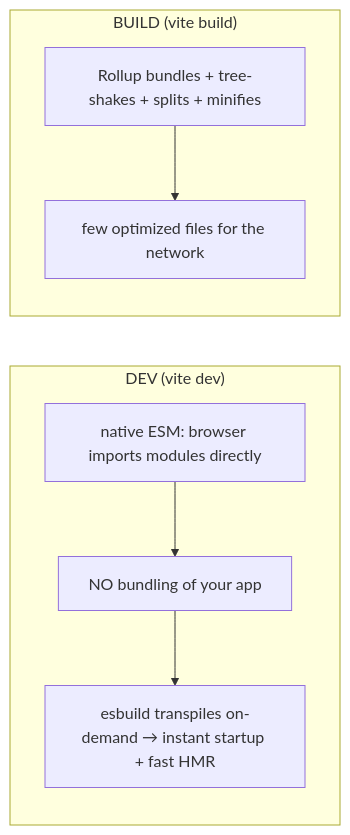
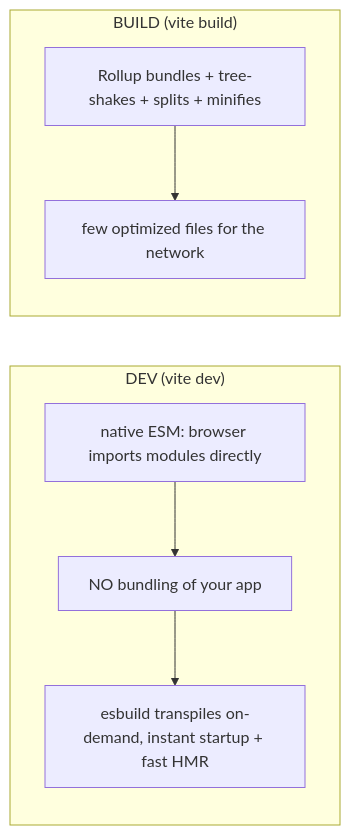
One commit to ashishxcode/frontend-internals changed the second of 2 diagrams in packages/content/content/20-build-tooling-modules.mdx. Above: the diagram before and after it, drawn with Mermaid. The commit also changed other lines of this file and 29 other files, not shown here.

Commit message:
rewrite: roadmap engineer-to-engineer + all 34 chapters new spec

````diff
--- a/packages/content/content/20-build-tooling-modules.mdx
+++ b/packages/content/content/20-build-tooling-modules.mdx
@@ -103,10 +57,10 @@
 ```mermaid
 flowchart LR
   subgraph dev["DEV (vite dev)"]
     s["native ESM: browser imports modules directly"] --> nob["NO bundling of your app"]
-    nob --> hmr["esbuild transpiles on-demand → instant startup + fast HMR"]
+    nob --> hmr["esbuild transpiles on-demand, instant startup + fast HMR"]
   end
   subgraph build["BUILD (vite build)"]
     r["Rollup bundles + tree-shakes + splits + minifies"] --> prod["few optimized files for the network"]
   end
 ```
````
